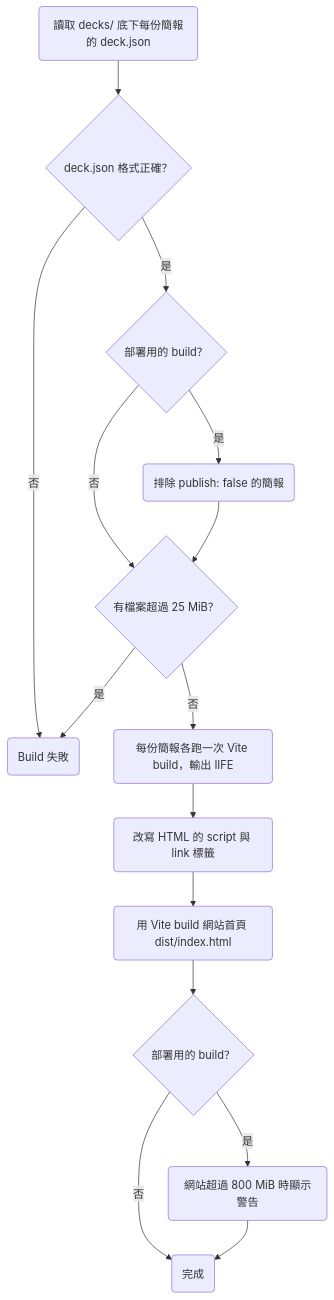
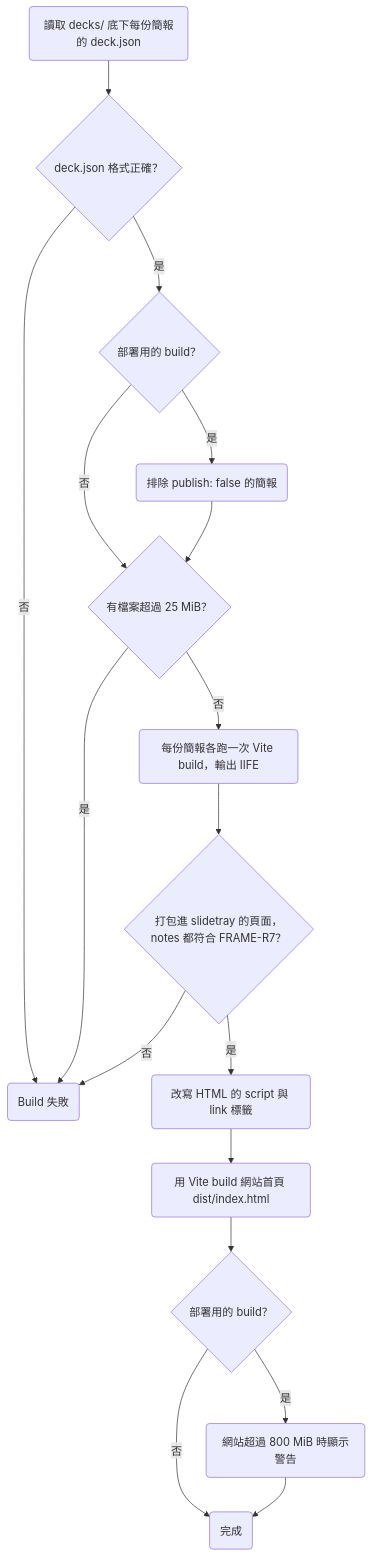
Before and after one commit to bingyangchen/diapo: the fifth of 5 diagrams in docs/specs/architecture.md, drawn with Mermaid. The commit also changed other lines of this file and 68 other files, not shown here.

````diff
--- a/docs/specs/architecture.md
+++ b/docs/specs/architecture.md
@@ -148,17 +242,19 @@
 ```mermaid
 flowchart TD
   start("讀取 decks/ 底下每份簡報的 deck.json") --> valid{"deck.json 格式正確？"}
   valid -- 否 --> fail("Build 失敗")
   valid -- 是 --> deploy1{"部署用的 build？"}
   deploy1 -- 是 --> filter("排除 publish: false 的簡報")
   deploy1 -- 否 --> size{"有檔案超過 25 MiB？"}
   filter --> size
   size -- 是 --> fail
   size -- 否 --> vite("每份簡報各跑一次 Vite build，輸出 IIFE")
-  vite --> rewrite("改寫 HTML 的 script 與 link 標籤")
+  vite --> notes{"打包進 slidetray 的頁面，<br/>notes 都符合 FRAME-R7？"}
+  notes -- 否 --> fail
+  notes -- 是 --> rewrite("改寫 HTML 的 script 與 link 標籤")
   rewrite --> index("用 Vite build 網站首頁 dist/index.html")
   index --> deploy2{"部署用的 build？"}
   deploy2 -- 是 --> total("網站超過 800 MiB 時顯示警告")
   deploy2 -- 否 --> done("完成")
   total --> done
 ```
````
